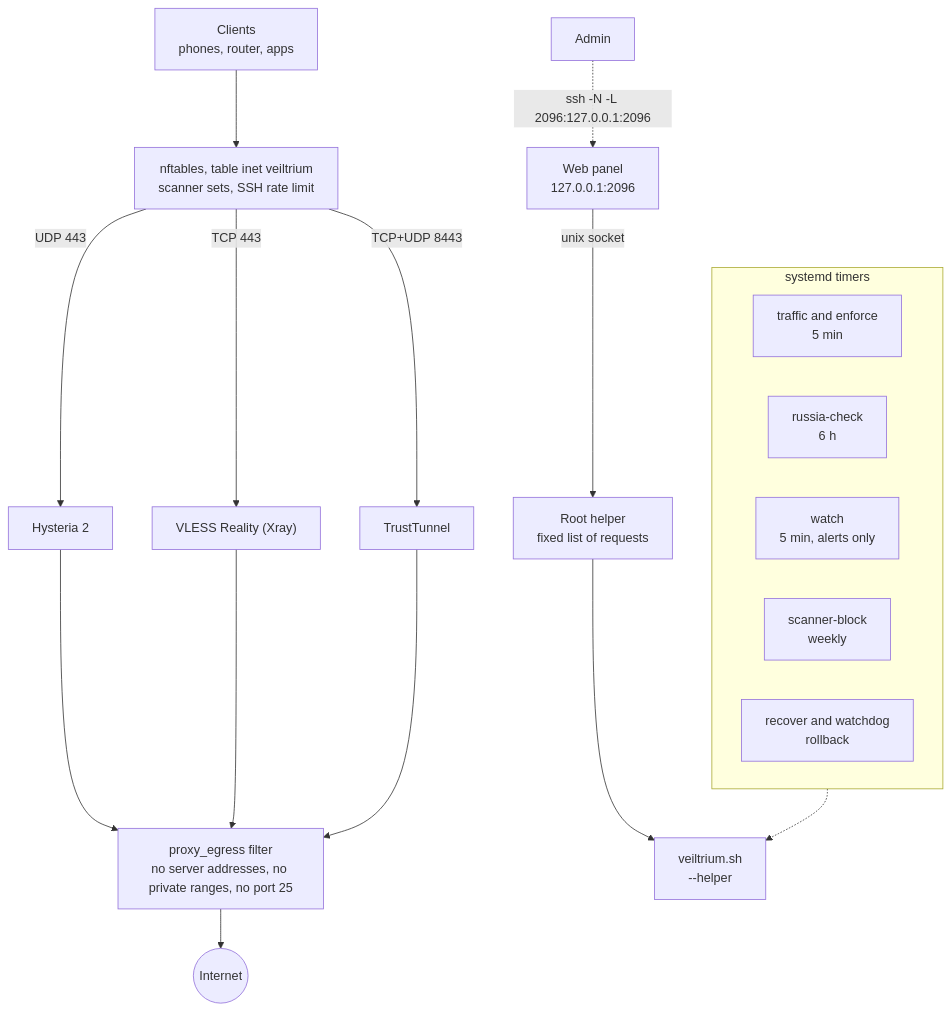
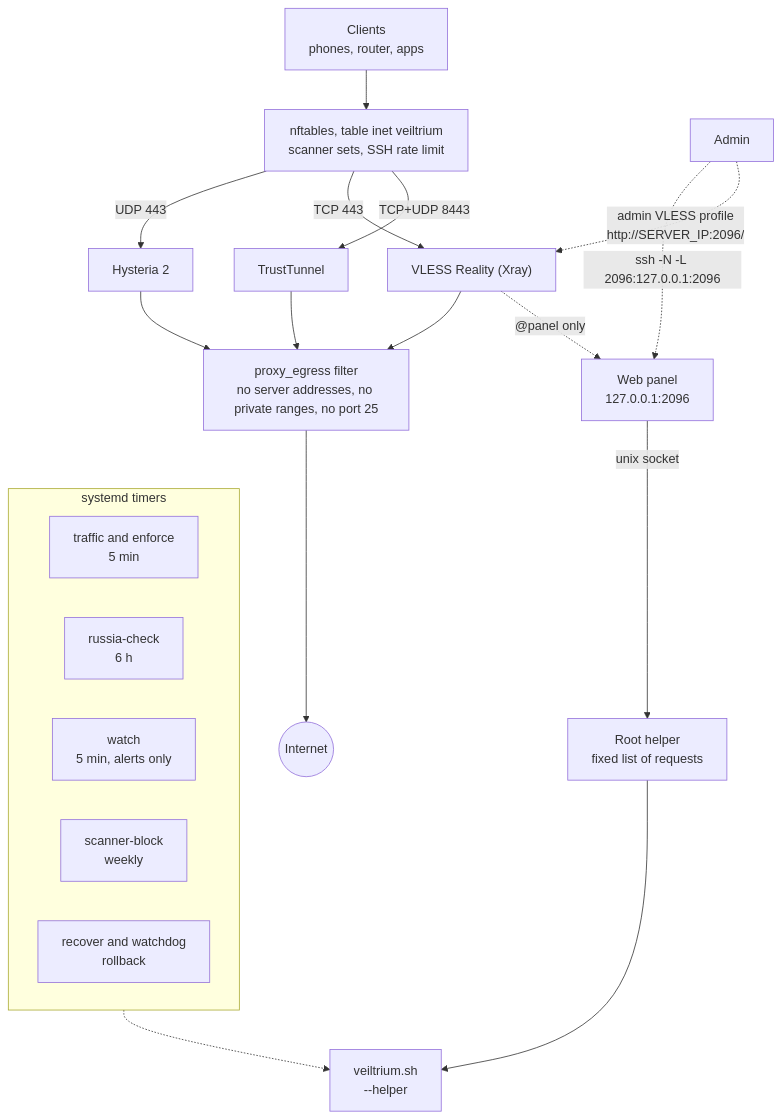
Before and after one commit to Vanilla-SilQ-HD/Veiltrium: the diagram in README.md, drawn with Mermaid. The commit also changed other lines of this file and 12 other files, not shown here.

First line of the commit message:
feat: web panel through the VPN with a separate admin VLESS profile

````diff
--- a/README.md
+++ b/README.md
@@ -118,25 +118,27 @@
 ```mermaid
 flowchart TB
     C["Clients<br/>phones, router, apps"] --> FW["nftables, table inet veiltrium<br/>scanner sets, SSH rate limit"]
     FW -->|"UDP 443"| H["Hysteria 2"]
     FW -->|"TCP 443"| R["VLESS Reality (Xray)"]
     FW -->|"TCP+UDP 8443"| T["TrustTunnel"]
     H --> E["proxy_egress filter<br/>no server addresses, no private ranges, no port 25"]
     R --> E
     T --> E
     E --> I(("Internet"))
 
     A["Admin"] -.->|"ssh -N -L 2096:127.0.0.1:2096"| P["Web panel<br/>127.0.0.1:2096"]
+    A -.->|"admin VLESS profile<br/>http://SERVER_IP:2096/"| R
+    R -.->|"@panel only"| P
     P -->|"unix socket"| HP["Root helper<br/>fixed list of requests"]
     HP --> S["veiltrium.sh<br/>--helper"]
 
     subgraph TM["systemd timers"]
         direction LR
         T1["traffic and enforce<br/>5 min"]
         T2["russia-check<br/>6 h"]
         T3["watch<br/>5 min, alerts only"]
         T4["scanner-block<br/>weekly"]
         T5["recover and watchdog<br/>rollback"]
     end
     TM -.-> S
 ```
````
